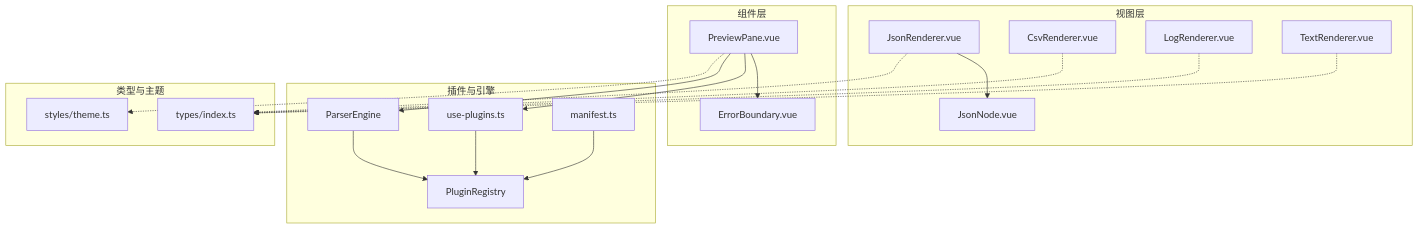
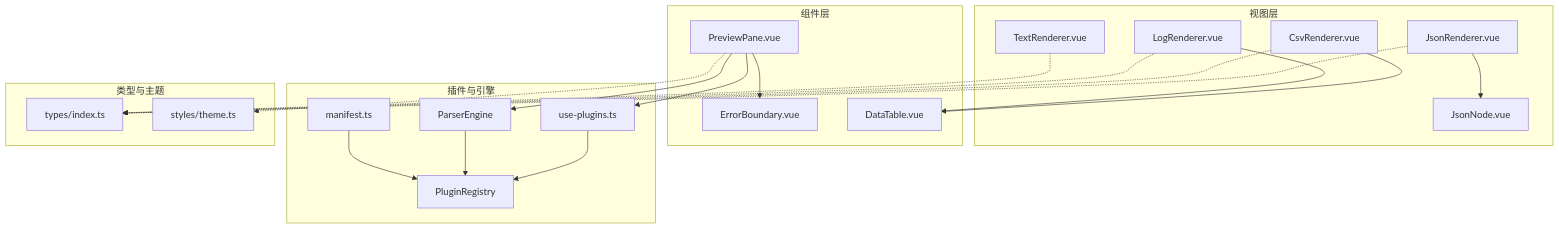
The first of 9 diagrams in .qoder/repowiki/zh/content/插件系统/插件开发教程/解析器插件开发/渲染器集成.md (taoweidong/Hello-Tauri), drawn with Mermaid before and after one commit. The commit also changed other lines of this file and 62 other files, not shown here.

````diff
--- a/.qoder/repowiki/zh/content/插件系统/插件开发教程/解析器插件开发/渲染器集成.md
+++ b/.qoder/repowiki/zh/content/插件系统/插件开发教程/解析器插件开发/渲染器集成.md
@@ -53,36 +62,39 @@
 ```mermaid
 graph TB
 subgraph "视图层"
 JR["JsonRenderer.vue"]
 JN["JsonNode.vue"]
 CR["CsvRenderer.vue"]
 LR["LogRenderer.vue"]
 TR["TextRenderer.vue"]
 end
 subgraph "组件层"
 EB["ErrorBoundary.vue"]
+DT["DataTable.vue"]
 PP["PreviewPane.vue"]
 end
 subgraph "插件与引擎"
 REG["PluginRegistry"]
 PE["ParserEngine"]
 UPL["use-plugins.ts"]
 MAN["manifest.ts"]
 end
 subgraph "类型与主题"
 TYP["types/index.ts"]
 THE["styles/theme.ts"]
 end
 JR --> JN
+CR --> DT
+LR --> DT
 PP --> EB
 PP --> UPL
 UPL --> REG
 PP --> PE
 PE --> REG
 MAN --> REG
 JR -.-> TYP
 CR -.-> TYP
 LR -.-> TYP
 TR -.-> TYP
 PP -.-> THE
 ```
````
